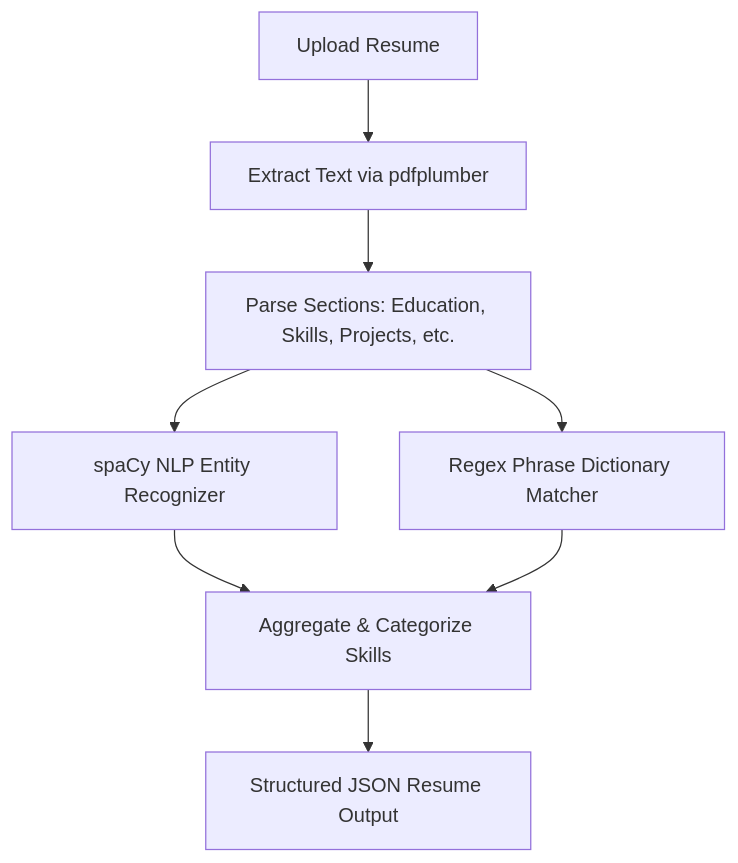
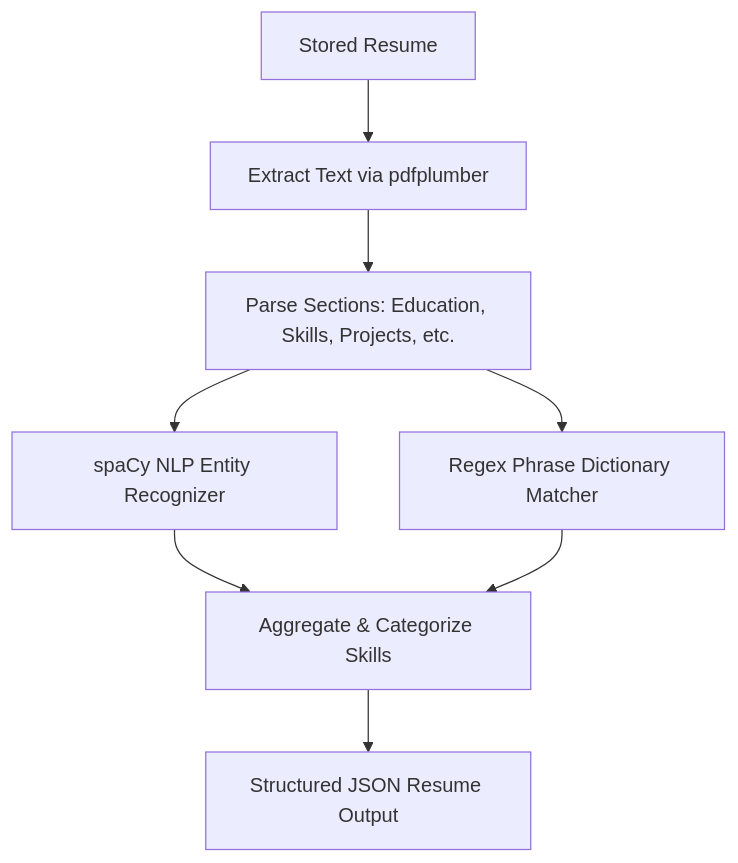
The fourth of 4 diagrams in architecture.md (jadhavaayush611/Next-Round), drawn with Mermaid before and after one commit. The commit also changed other lines of this file and 11 other files, not shown here.

Commit message:
feat(resume): implement secure file upload

````diff
--- a/architecture.md
+++ b/architecture.md
@@ -171,10 +199,10 @@
 ```mermaid
 flowchart TD
-    File[Upload Resume] --> Extract[Extract Text via pdfplumber]
+    File[Stored Resume] --> Extract[Extract Text via pdfplumber]
     Extract --> Sections[Parse Sections: Education, Skills, Projects, etc.]
     Sections --> spaCy[spaCy NLP Entity Recognizer]
     Sections --> Regex[Regex Phrase Dictionary Matcher]
     spaCy --> EntityCombine[Aggregate & Categorize Skills]
     Regex --> EntityCombine
     EntityCombine --> ParsedResult[Structured JSON Resume Output]
 ```
````
